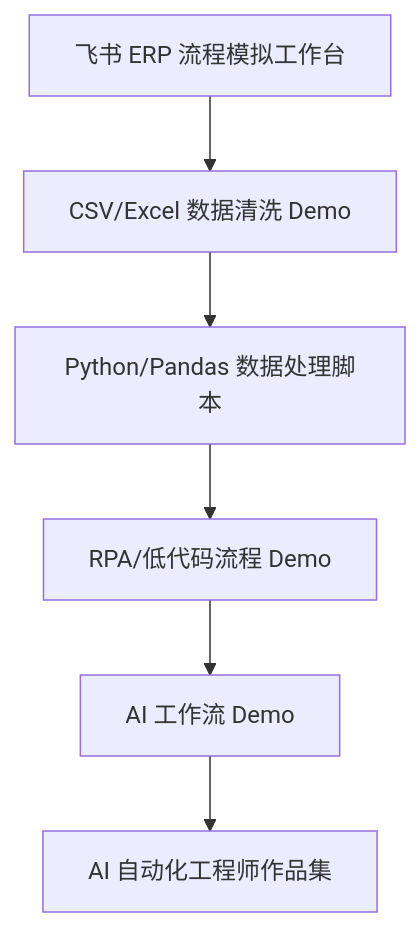
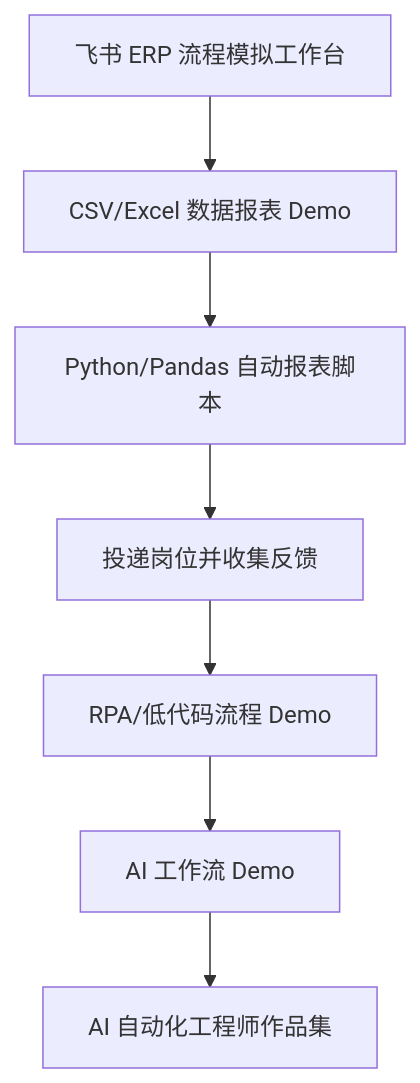
The diagram in task-plans/04-ai-automation-engineer-roadmap.md (sai5585wo/work-plan), drawn with Mermaid before and after one commit. The commit also changed other lines of this file and 5 other files, not shown here.

Commit message:
Refine roadmap around reporting automation

````diff
--- a/task-plans/04-ai-automation-engineer-roadmap.md
+++ b/task-plans/04-ai-automation-engineer-roadmap.md
@@ -12,8 +12,9 @@
 ```mermaid
 graph TD
-    A[飞书 ERP 流程模拟工作台] --> B[CSV/Excel 数据清洗 Demo]
-    B --> C[Python/Pandas 数据处理脚本]
-    C --> D[RPA/低代码流程 Demo]
-    D --> E[AI 工作流 Demo]
-    E --> F[AI 自动化工程师作品集]
+    A[飞书 ERP 流程模拟工作台] --> B[CSV/Excel 数据报表 Demo]
+    B --> C[Python/Pandas 自动报表脚本]
+    C --> D[投递岗位并收集反馈]
+    D --> E[RPA/低代码流程 Demo]
+    E --> F[AI 工作流 Demo]
+    F --> G[AI 自动化工程师作品集]
 ```
````
